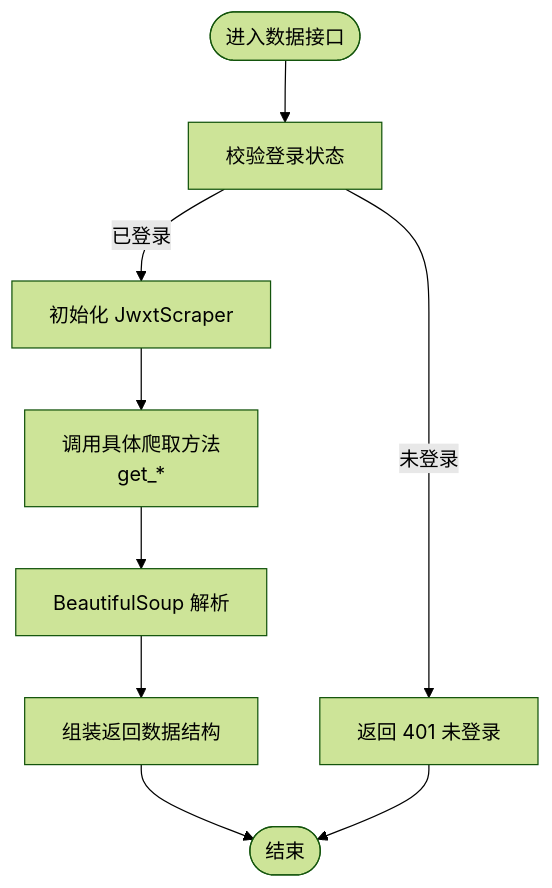
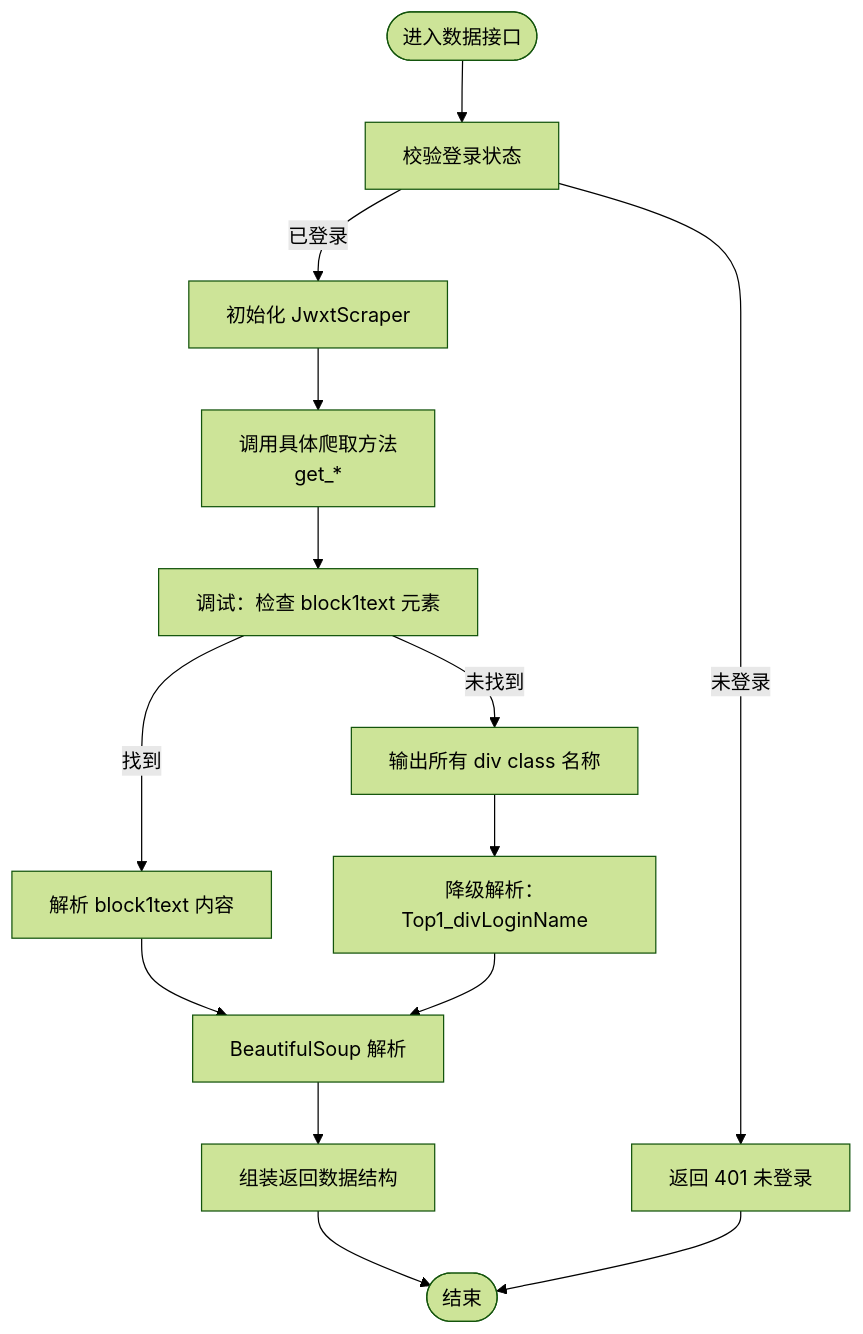
The fifth of 6 diagrams in .qoder/repowiki/zh/content/故障排除.md (ghbbn053-ship-itsoulddog/soulddog), drawn with Mermaid (forest theme) before and after one commit. The commit also changed other lines of this file and 3 other files, not shown here.

````diff
--- a/.qoder/repowiki/zh/content/故障排除.md
+++ b/.qoder/repowiki/zh/content/故障排除.md
@@ -204,11 +209,16 @@
 ```mermaid
 flowchart TD
 Start(["进入数据接口"]) --> CheckSession["校验登录状态"]
 CheckSession --> |未登录| Err401["返回 401 未登录"]
 CheckSession --> |已登录| InitScraper["初始化 JwxtScraper"]
 InitScraper --> CallAPI["调用具体爬取方法<br/>get_*"]
-CallAPI --> Parse["BeautifulSoup 解析"]
+CallAPI --> DebugBlock1text["调试：检查 block1text 元素"]
+DebugBlock1text --> |找到| ParseBlock1text["解析 block1text 内容"]
+DebugBlock1text --> |未找到| OutputDivClasses["输出所有 div class 名称"]
+OutputDivClasses --> ParseFallback["降级解析：Top1_divLoginName"]
+ParseBlock1text --> Parse["BeautifulSoup 解析"]
+ParseFallback --> Parse
 Parse --> BuildResp["组装返回数据结构"]
 BuildResp --> End(["结束"])
 Err401 --> End
 ```
````
